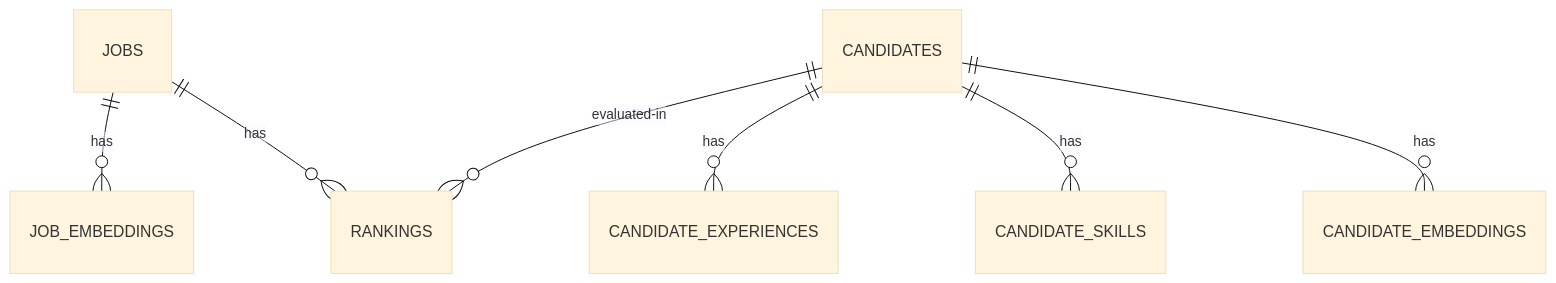
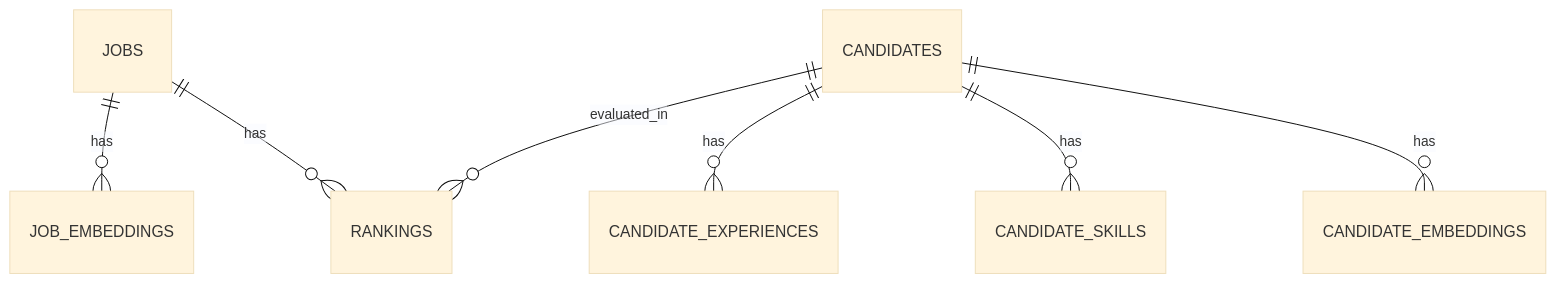
One commit to bsrikumar855-dot/H2S-Hackathon changed the diagram in docs/database_schema.md. Above: the diagram before and after it, drawn with Mermaid (base theme). The commit also changed other lines of this file and 31 other files, not shown here.

````diff
--- a/docs/database_schema.md
+++ b/docs/database_schema.md
@@ -21,9 +25,9 @@
 ```mermaid
 erDiagram
     JOBS ||--o{ JOB_EMBEDDINGS : has
     CANDIDATES ||--o{ CANDIDATE_EXPERIENCES : has
     CANDIDATES ||--o{ CANDIDATE_SKILLS : has
     CANDIDATES ||--o{ CANDIDATE_EMBEDDINGS : has
     JOBS ||--o{ RANKINGS : has
-    CANDIDATES ||--o{ RANKINGS : evaluated-in
+    CANDIDATES ||--o{ RANKINGS : evaluated_in
 ```
````
